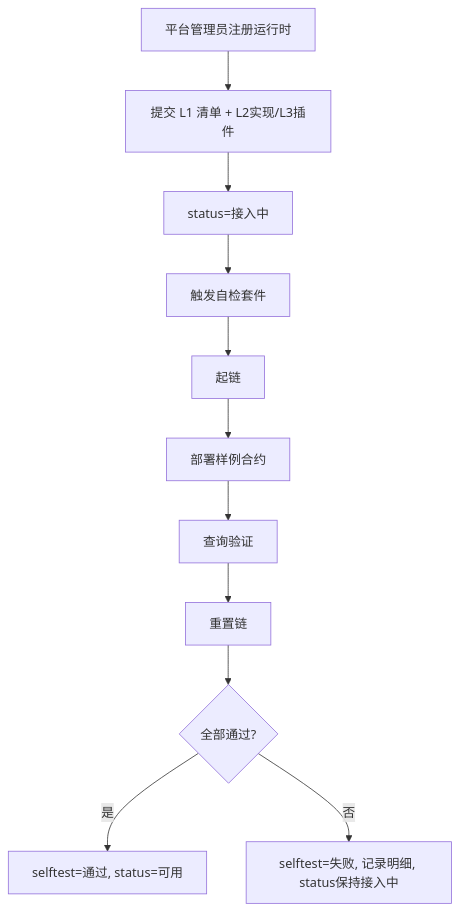
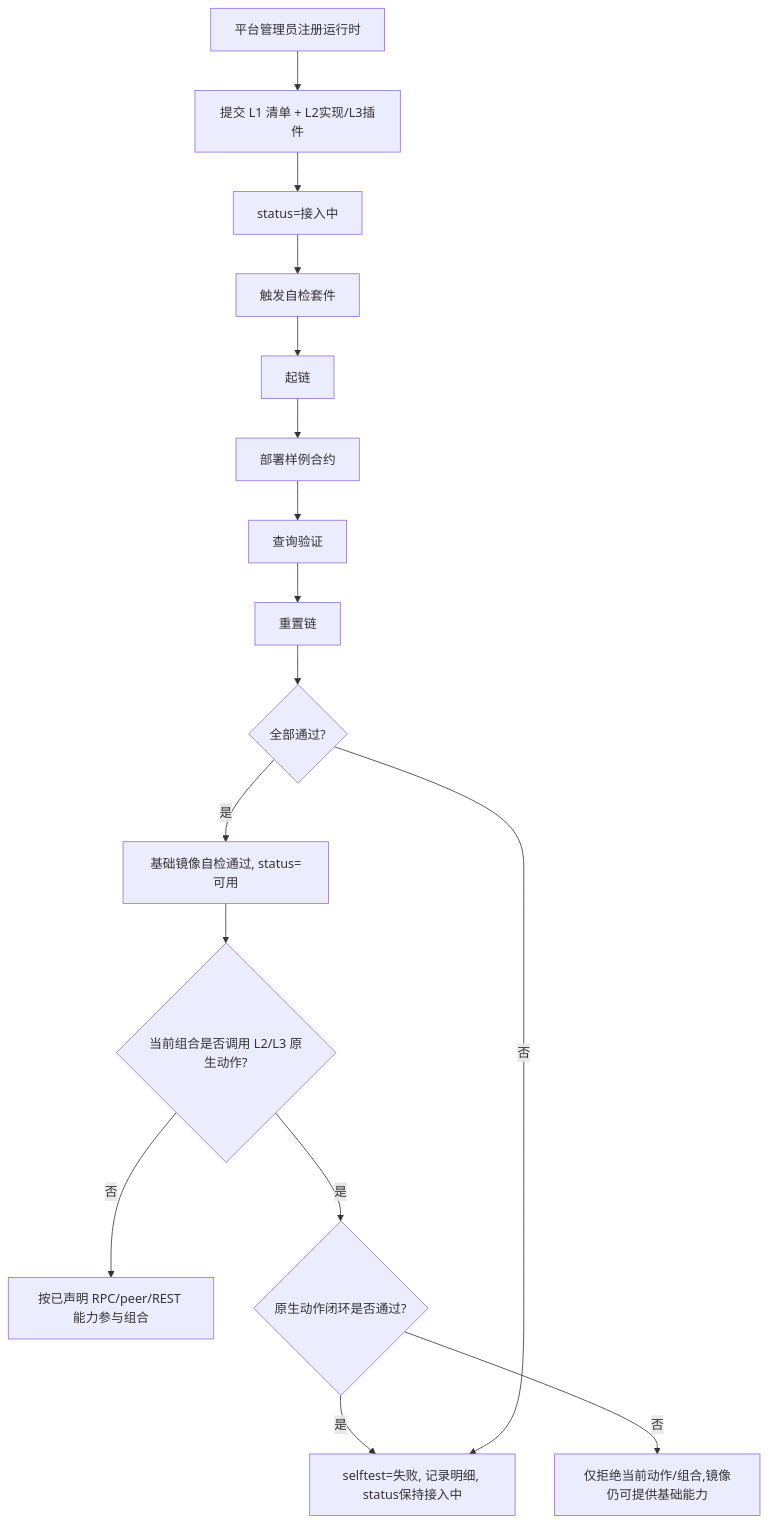
Before and after one commit to menghuishisan/CHAIMIR: the fifth of 7 diagrams in docs/02-沙箱引擎/05-业务流程与状态机.md, drawn with Mermaid. The commit also changed other lines of this file and 589 other files, not shown here.

````diff
--- a/docs/02-沙箱引擎/05-业务流程与状态机.md
+++ b/docs/02-沙箱引擎/05-业务流程与状态机.md
@@ -118,13 +118,18 @@
 ```mermaid
 flowchart TD
     A[平台管理员注册运行时] --> B[提交 L1 清单 + L2实现/L3插件]
     B --> C[status=接入中]
     C --> D[触发自检套件]
     D --> E[起链]
     E --> F[部署样例合约]
     F --> G[查询验证]
     G --> H[重置链]
     H --> I{全部通过?}
-    I -->|是| J[selftest=通过, status=可用]
-    I -->|否| K[selftest=失败, 记录明细, status保持接入中]
+    I -->|是| J[基础镜像自检通过, status=可用]
+    J --> K{当前组合是否调用 L2/L3 原生动作?}
+    K -->|否| L[按已声明 RPC/peer/REST 能力参与组合]
+    K -->|是| M{原生动作闭环是否通过?}
+    M -->|是| N[动作能力可用]
+    M -->|否| O[仅拒绝当前动作/组合,镜像仍可提供基础能力]
+    I -->|否| N[selftest=失败, 记录明细, status保持接入中]
 ```
````
